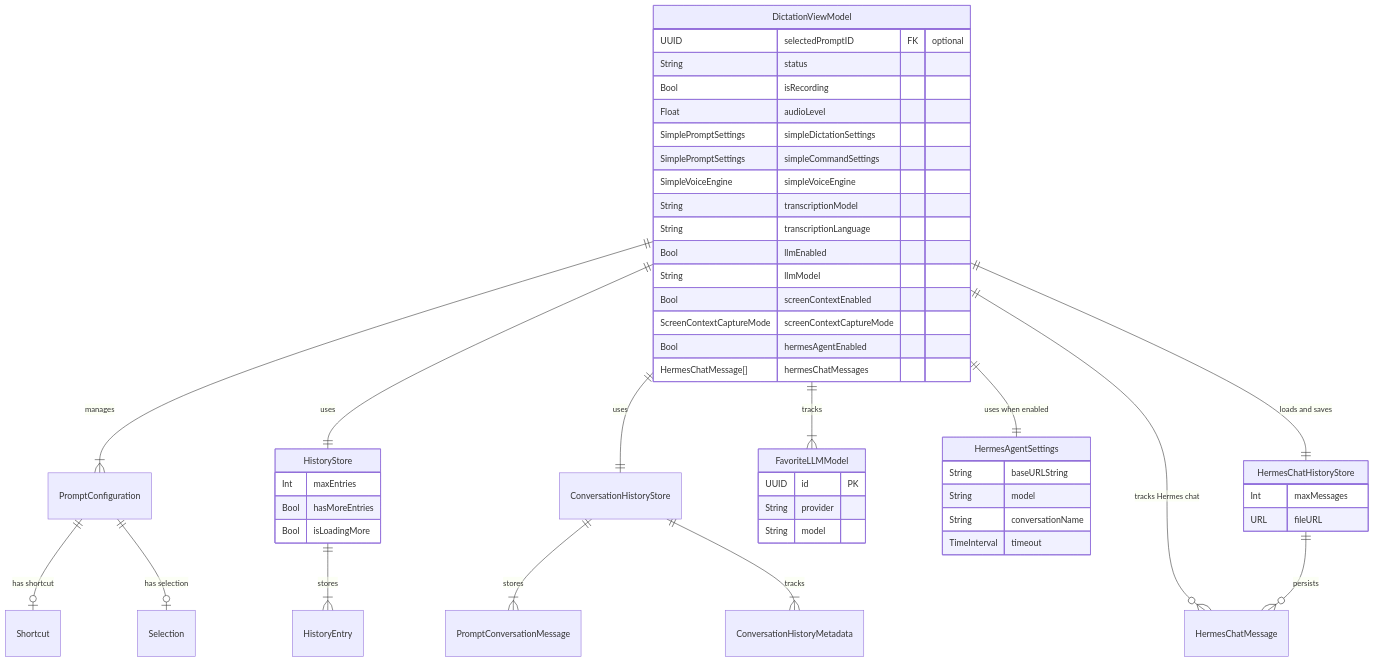
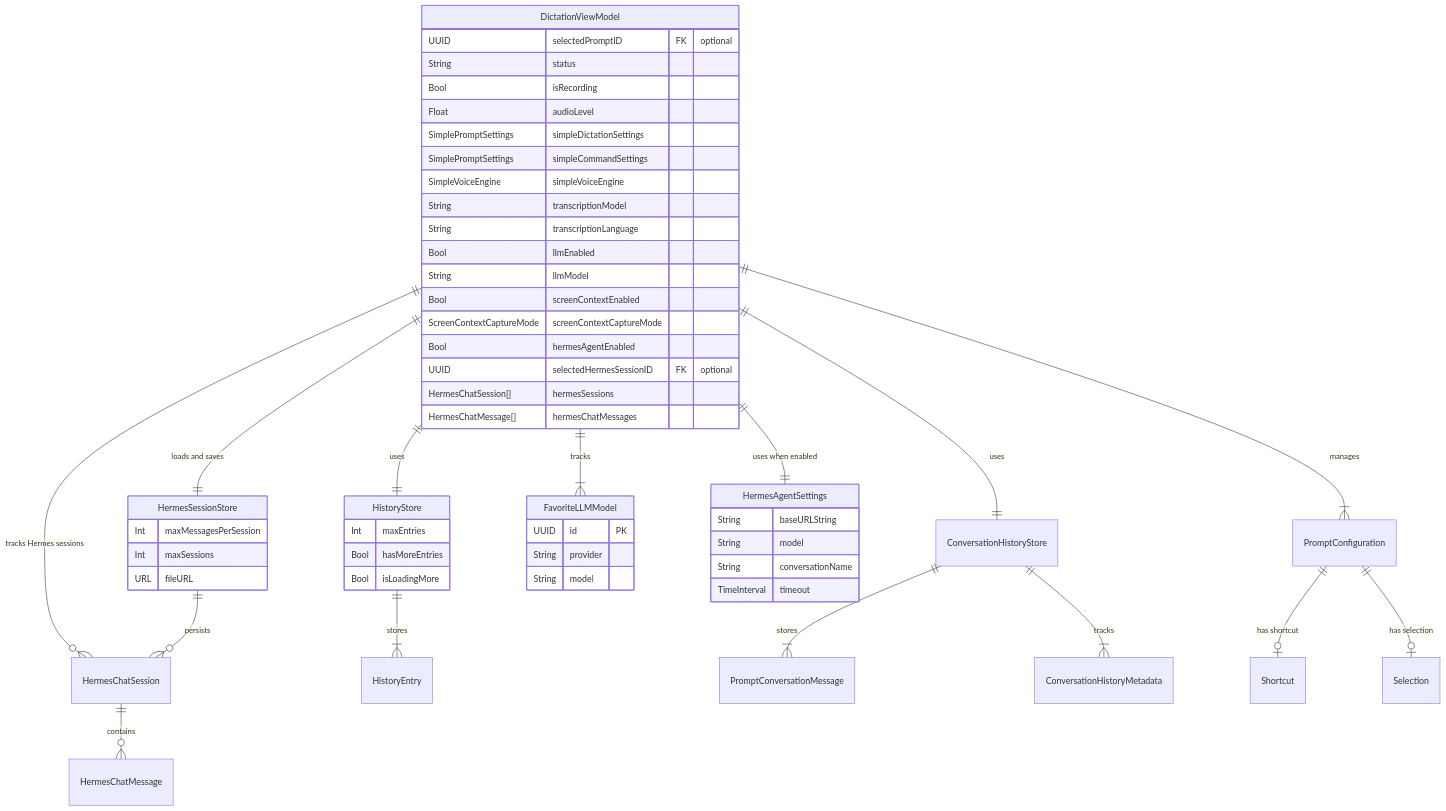
The eighth of 12 diagrams in datamodel.md (dkapo88/WonderWhisper-macOS), drawn with Mermaid before and after one commit. The commit also changed other lines of this file and 13 other files, not shown here.

````diff
--- a/datamodel.md
+++ b/datamodel.md
@@ -277,62 +291,66 @@
 ```mermaid
 erDiagram
     DictationViewModel ||--|{ PromptConfiguration : "manages"
     DictationViewModel ||--|| HistoryStore : "uses"
     DictationViewModel ||--|| ConversationHistoryStore : "uses"
     DictationViewModel ||--|{ FavoriteLLMModel : "tracks"
     DictationViewModel ||--|| HermesAgentSettings : "uses when enabled"
-    DictationViewModel ||--|| HermesChatHistoryStore : "loads and saves"
-    DictationViewModel ||--o{ HermesChatMessage : "tracks Hermes chat"
+    DictationViewModel ||--|| HermesSessionStore : "loads and saves"
+    DictationViewModel ||--o{ HermesChatSession : "tracks Hermes sessions"
     
     HistoryStore ||--|{ HistoryEntry : "stores"
     
     ConversationHistoryStore ||--|{ PromptConversationMessage : "stores"
     ConversationHistoryStore ||--|{ ConversationHistoryMetadata : "tracks"
 
-    HermesChatHistoryStore ||--o{ HermesChatMessage : "persists"
+    HermesSessionStore ||--o{ HermesChatSession : "persists"
+    HermesChatSession ||--o{ HermesChatMessage : "contains"
     
     PromptConfiguration ||--o| Shortcut : "has shortcut"
     PromptConfiguration ||--o| Selection : "has selection"
     
     DictationViewModel {
         UUID selectedPromptID FK "optional"
         String status
         Bool isRecording
         Float audioLevel
         SimplePromptSettings simpleDictationSettings
         SimplePromptSettings simpleCommandSettings
         SimpleVoiceEngine simpleVoiceEngine
         String transcriptionModel
         String transcriptionLanguage
         Bool llmEnabled
         String llmModel
         Bool screenContextEnabled
         ScreenContextCaptureMode screenContextCaptureMode
         Bool hermesAgentEnabled
+        UUID selectedHermesSessionID FK "optional"
+        HermesChatSession[] hermesSessions
         HermesChatMessage[] hermesChatMessages
     }
     
     HistoryStore {
         Int maxEntries
         Bool hasMoreEntries
         Bool isLoadingMore
     }
 
-    HermesChatHistoryStore {
-        Int maxMessages
+    HermesSessionStore {
+        Int maxMessagesPerSession
+        Int maxSessions
         URL fileURL
     }
     
     FavoriteLLMModel {
         UUID id PK
         String provider
         String model
     }
 
     HermesAgentSettings {
         String baseURLString
         String model
         String conversationName
         TimeInterval timeout
     }
 ```
````
